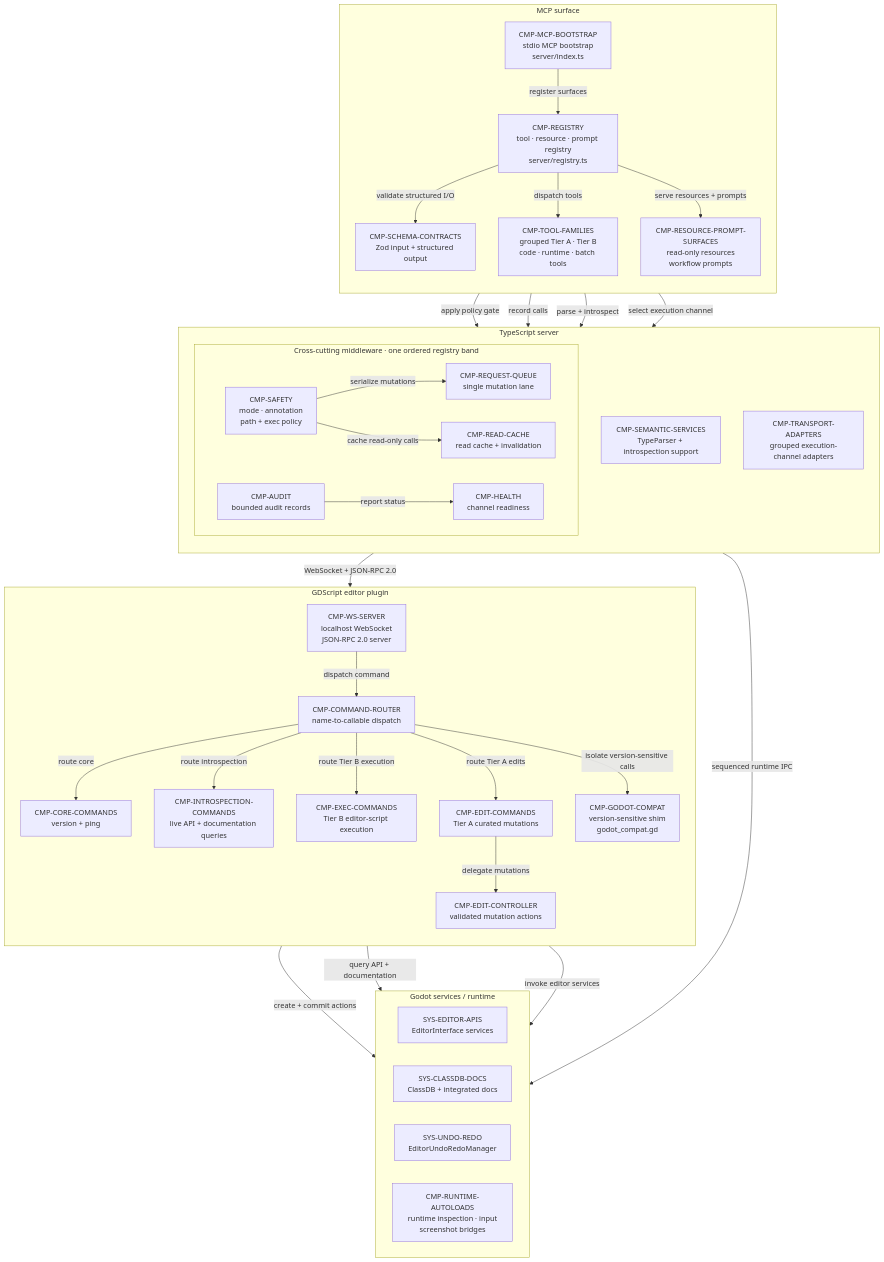
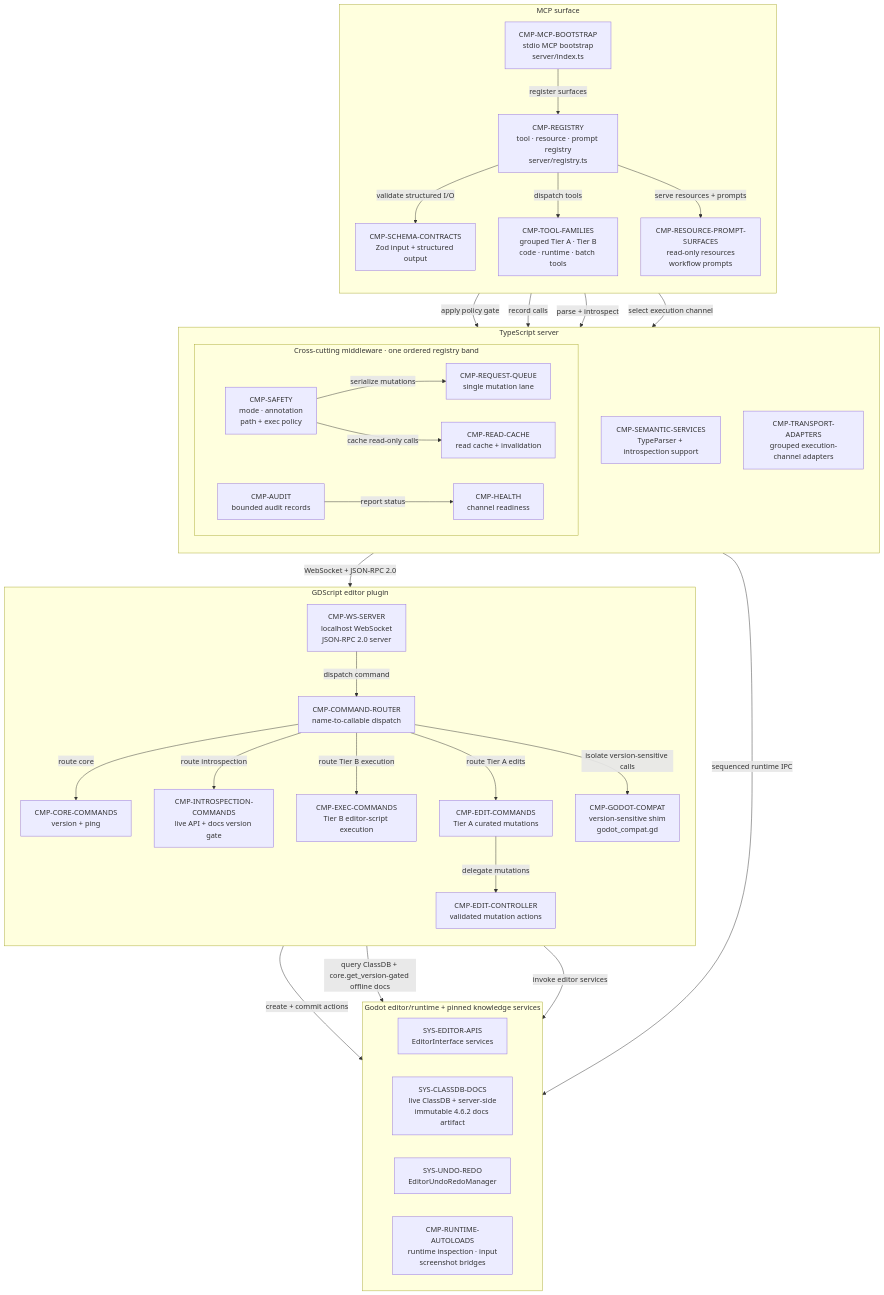
Before and after one commit to 9thLevelSoftware/robogodot: the diagram in docs/architecture/04-server-components.md, drawn with Mermaid. The commit also changed 15 other files, not shown here.

Commit message:
fix: harden class docs and align architecture

````diff
--- a/docs/architecture/04-server-components.md
+++ b/docs/architecture/04-server-components.md
@@ -17,7 +17,7 @@
 ```mermaid
 flowchart TB
   accTitle: Godot Control MCP server, plugin, and Godot component boundaries
-  accDescr: A top-to-bottom component view with four groups. The MCP surface registers schemas, tools, resources, and prompts. The TypeScript server applies one middleware band and delegates through semantic services or grouped adapters. The GDScript plugin dispatches editor commands. Godot services provide editor APIs, ClassDB documentation, UndoRedo, and runtime autoload execution.
+  accDescr: A top-to-bottom component view with four groups. The MCP surface registers schemas, tools, resources, and prompts. The TypeScript server applies one middleware band and delegates through semantic services or grouped adapters. The GDScript plugin dispatches editor commands. Godot provides live ClassDB metadata while the server supplies pinned offline documentation after a live version gate.
 
   subgraph MCP_SURFACE["MCP surface"]
     direction TB
@@ -63,7 +63,7 @@
     %% atlas-node: CMP-CORE-COMMANDS
     CMP_CORE_COMMANDS["CMP-CORE-COMMANDS<br/>version + ping"]
     %% atlas-node: CMP-INTROSPECTION-COMMANDS
-    CMP_INTROSPECTION_COMMANDS["CMP-INTROSPECTION-COMMANDS<br/>live API + documentation queries"]
+    CMP_INTROSPECTION_COMMANDS["CMP-INTROSPECTION-COMMANDS<br/>live API + docs version gate"]
     %% atlas-node: CMP-EXEC-COMMANDS
     CMP_EXEC_COMMANDS["CMP-EXEC-COMMANDS<br/>Tier B editor-script execution"]
     %% atlas-node: CMP-EDIT-COMMANDS
@@ -74,12 +74,12 @@
     CMP_GODOT_COMPAT["CMP-GODOT-COMPAT<br/>version-sensitive shim<br/>godot_compat.gd"]
   end
 
-  subgraph GODOT_SERVICES_RUNTIME["Godot services / runtime"]
+  subgraph GODOT_SERVICES_RUNTIME["Godot editor/runtime + pinned knowledge services"]
     direction LR
     %% atlas-node: SYS-EDITOR-APIS
     SYS_EDITOR_APIS["SYS-EDITOR-APIS<br/>EditorInterface services"]
     %% atlas-node: SYS-CLASSDB-DOCS
-    SYS_CLASSDB_DOCS["SYS-CLASSDB-DOCS<br/>ClassDB + integrated docs"]
+    SYS_CLASSDB_DOCS["SYS-CLASSDB-DOCS<br/>live ClassDB + server-side<br/>immutable 4.6.2 docs artifact"]
     %% atlas-node: SYS-UNDO-REDO
     SYS_UNDO_REDO["SYS-UNDO-REDO<br/>EditorUndoRedoManager"]
     %% atlas-node: CMP-RUNTIME-AUTOLOADS
@@ -125,7 +125,7 @@
   %% atlas-flow: FLOW-CMP-019
   CMP_EDIT_CONTROLLER -->|"create + commit actions"| SYS_UNDO_REDO
   %% atlas-flow: FLOW-CMP-020
-  CMP_INTROSPECTION_COMMANDS -->|"query API + documentation"| SYS_CLASSDB_DOCS
+  CMP_INTROSPECTION_COMMANDS -->|"query ClassDB + core.get_version-gated offline docs"| SYS_CLASSDB_DOCS
   %% atlas-flow: FLOW-CMP-021
   CMP_COMMAND_ROUTER -->|"isolate version-sensitive calls"| CMP_GODOT_COMPAT
   %% atlas-flow: FLOW-CMP-022
````
